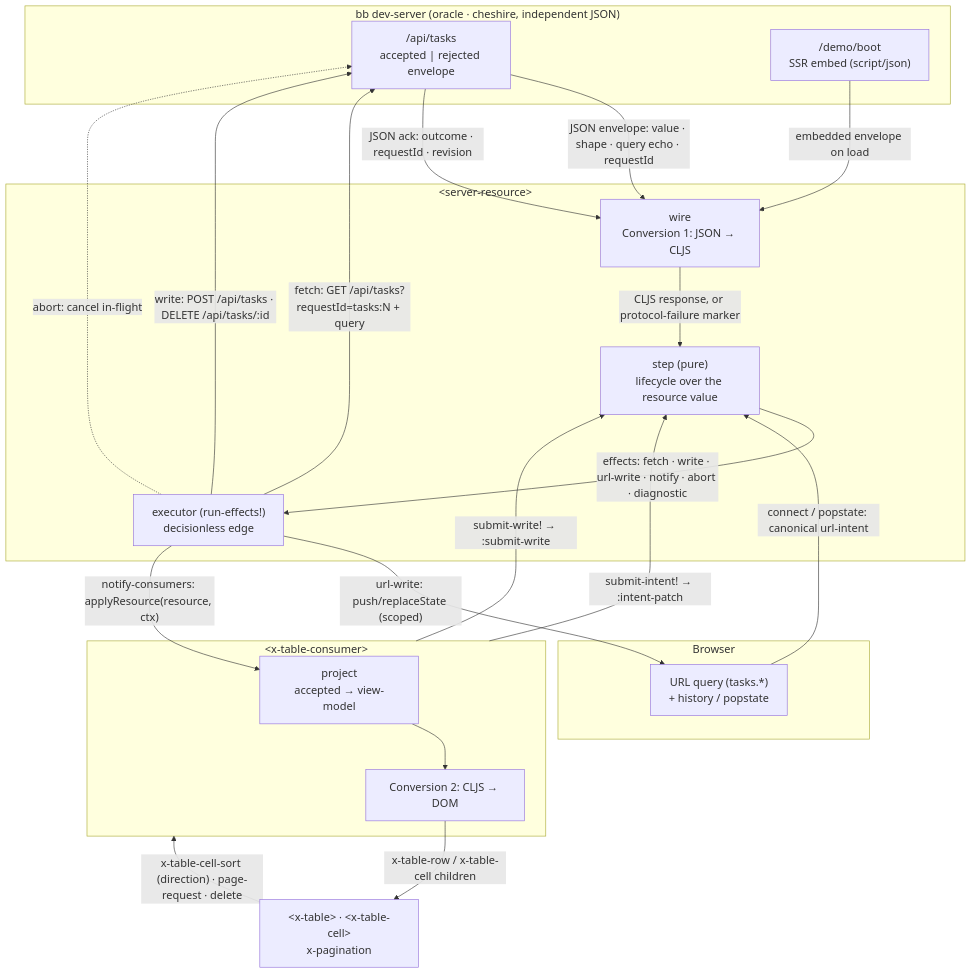
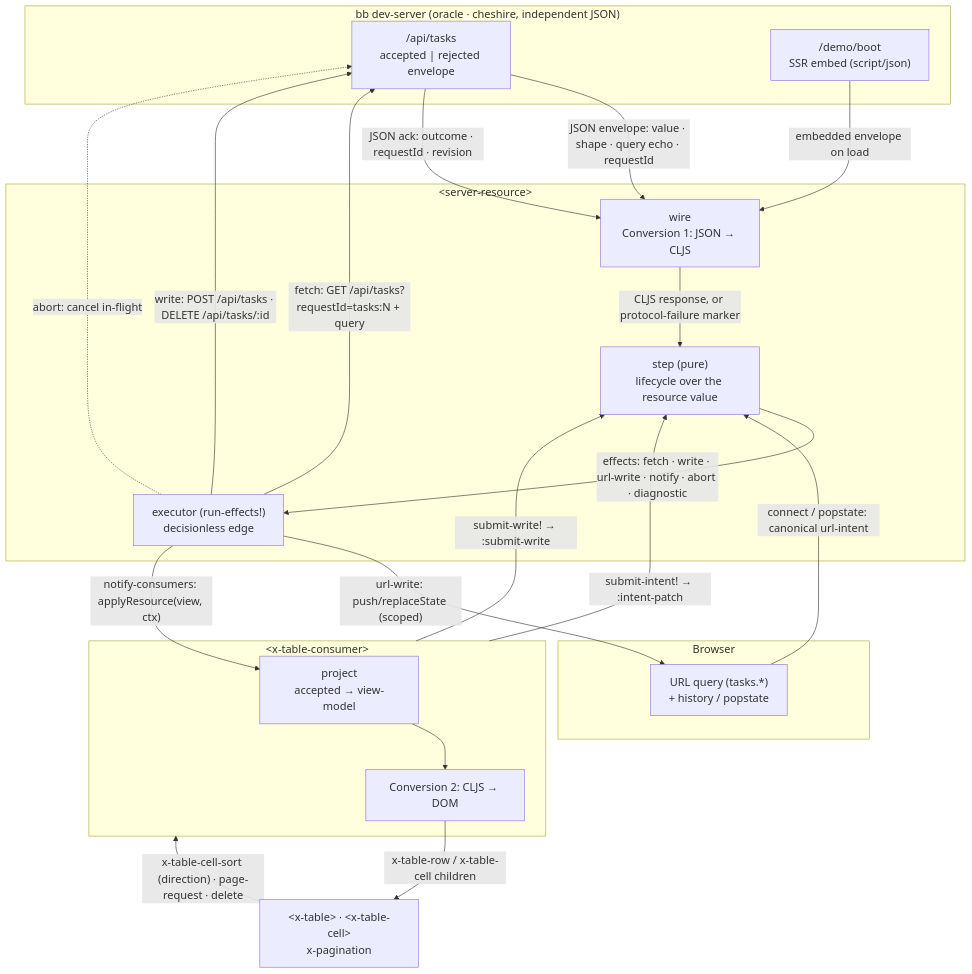
Before and after one commit to avanelsas/baredom: the first of 3 diagrams in barebuild/docs/architecture-diagram.md, drawn with Mermaid. The commit also changed other lines of this file and 16 other files, not shown here.

First line of the commit message:
Project a resource into a view before handing it to consumers (#316)

````diff
--- a/barebuild/docs/architecture-diagram.md
+++ b/barebuild/docs/architecture-diagram.md
@@ -14,42 +14,42 @@
 ```mermaid
 %%{init: {'themeVariables': {'fontSize': '18px'}}}%%
 flowchart TB
   subgraph SERVER["bb dev-server (oracle · cheshire, independent JSON)"]
     API["/api/tasks<br/>accepted | rejected envelope"]
     BOOT["/demo/boot<br/>SSR embed (script/json)"]
   end
 
   subgraph BROWSER["Browser"]
     URL["URL query (tasks.*)<br/>+ history / popstate"]
   end
 
   subgraph SR["&lt;server-resource&gt;"]
     WIRE["wire<br/>Conversion 1: JSON → CLJS"]
     STEP["step (pure)<br/>lifecycle over the resource value"]
     EXEC["executor (run-effects!)<br/>decisionless edge"]
   end
 
   subgraph CONS["&lt;x-table-consumer&gt;"]
     PROJ["project<br/>accepted → view-model"]
     C2["Conversion 2: CLJS → DOM"]
   end
 
   TABLE["&lt;x-table&gt; · &lt;x-table-cell&gt;<br/>x-pagination"]
 
   URL -->|"connect / popstate: canonical url-intent"| STEP
   BOOT -->|"embedded envelope on load"| WIRE
   EXEC -->|"fetch: GET /api/tasks?requestId=tasks:N + query"| API
   EXEC -->|"write: POST /api/tasks · DELETE /api/tasks/:id"| API
   EXEC -.->|"abort: cancel in-flight"| API
   API -->|"JSON envelope: value · shape · query echo · requestId"| WIRE
   API -->|"JSON ack: outcome · requestId · revision"| WIRE
   WIRE -->|"CLJS response, or protocol-failure marker"| STEP
   STEP -->|"effects: fetch · write · url-write · notify · abort · diagnostic"| EXEC
   EXEC -->|"url-write: push/replaceState (scoped)"| URL
-  EXEC -->|"notify-consumers: applyResource(resource, ctx)"| PROJ
+  EXEC -->|"notify-consumers: applyResource(view, ctx)"| PROJ
   PROJ --> C2
   C2 -->|"x-table-row / x-table-cell children"| TABLE
   TABLE -->|"x-table-cell-sort (direction) · page-request · delete"| CONS
   CONS -->|"submit-intent! → :intent-patch"| STEP
   CONS -->|"submit-write! → :submit-write"| STEP
 ```
````
